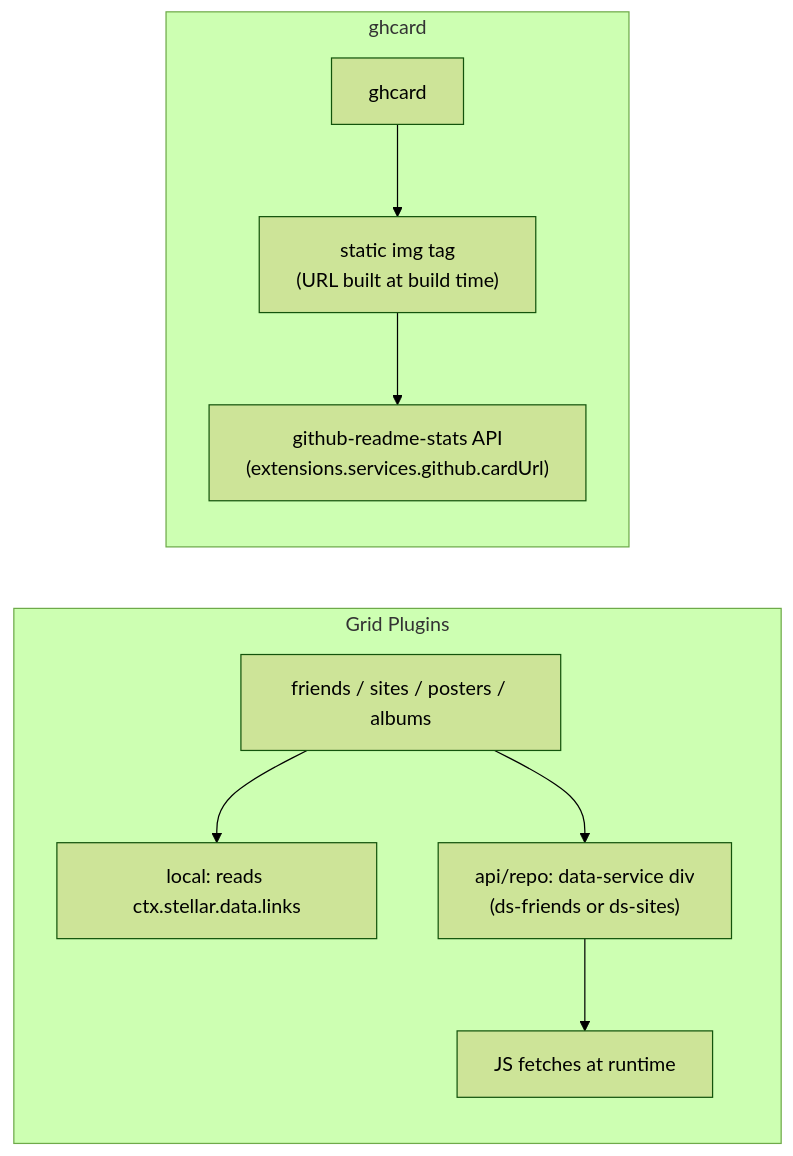
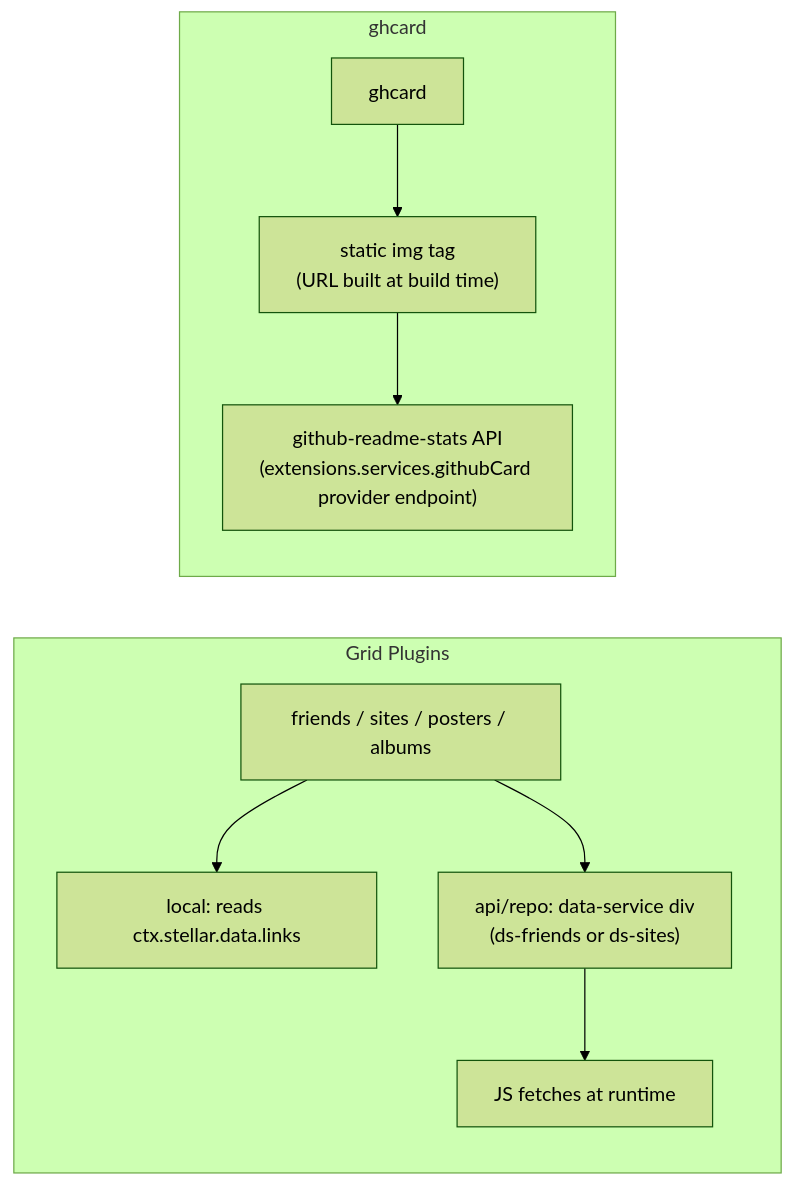
The fourth of 4 diagrams in docs/knowledge/04-标签插件/social-content-card-tags.md (xaoxuu/hexo-theme-stellar), drawn with Mermaid (forest theme) before and after one commit. The commit also changed other lines of this file and 24 other files, not shown here.

````diff
--- a/docs/knowledge/04-标签插件/social-content-card-tags.md
+++ b/docs/knowledge/04-标签插件/social-content-card-tags.md
@@ -341,14 +341,14 @@
 ```mermaid
 flowchart LR
     subgraph "Grid Plugins"
         GP["friends / sites / posters / albums"]
         GP --> LP["local: reads ctx.stellar.data.links"]
         GP --> AP["api/repo: data-service div\n(ds-friends or ds-sites)"]
         AP --> JS["JS fetches at runtime"]
     end
     subgraph "ghcard"
         GC["ghcard"]
         GC --> IMG["static img tag\n(URL built at build time)"]
-        IMG --> GHAPI["github-readme-stats API\n(extensions.services.github.cardUrl)"]
+        IMG --> GHAPI["github-readme-stats API\n(extensions.services.githubCard provider endpoint)"]
     end
 ```
````
